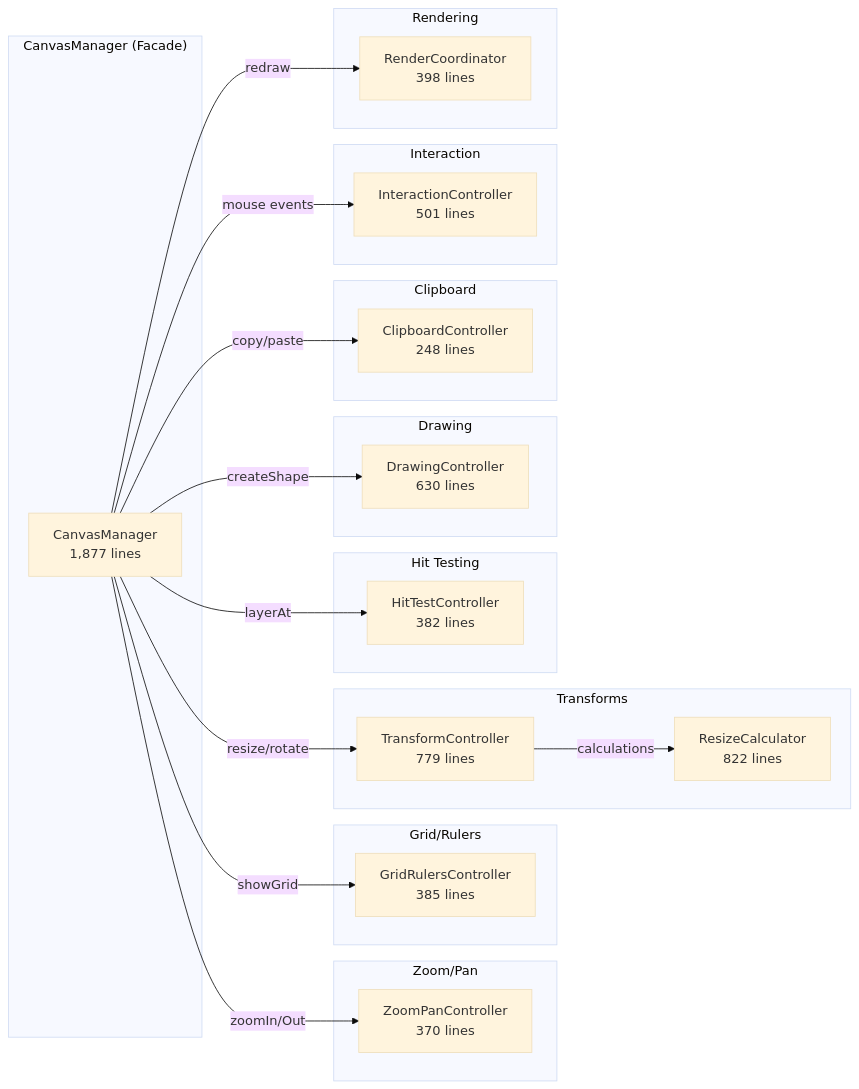
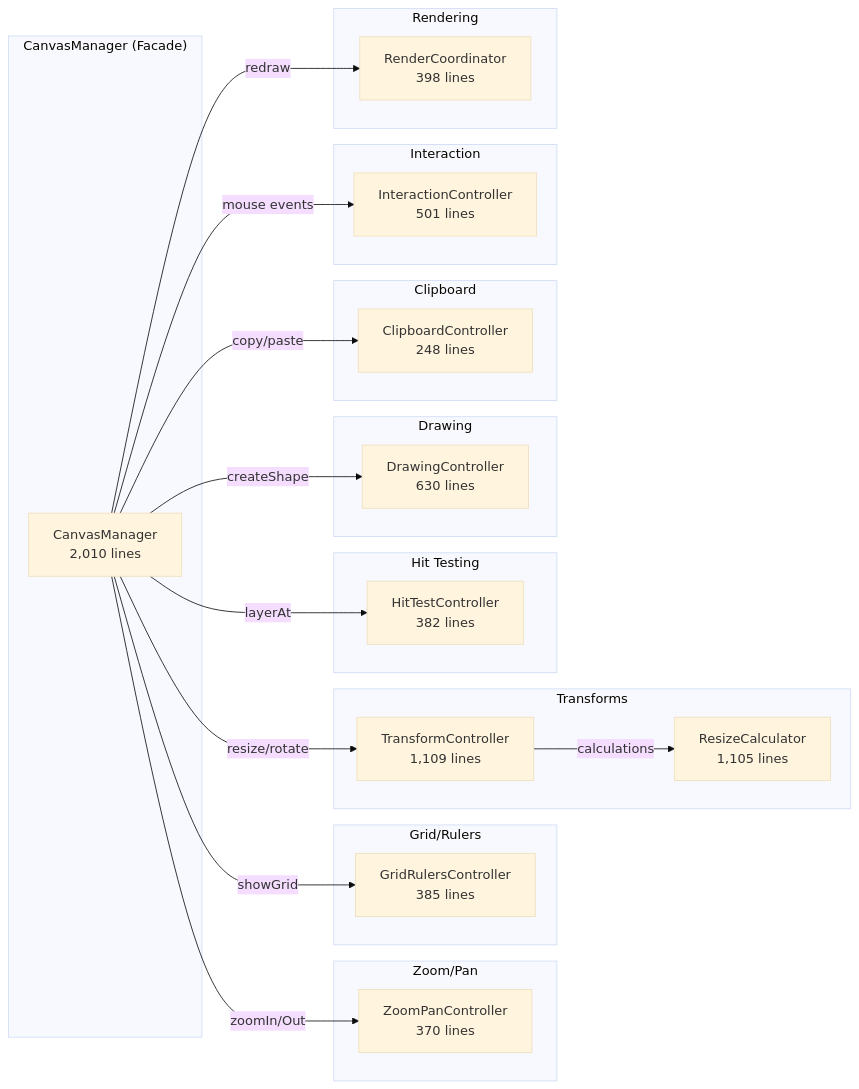
The second of 9 diagrams in docs/ARCHITECTURE.md (slickdexic/Layers), drawn with Mermaid (base theme) before and after one commit. The commit also changed other lines of this file and 5 other files, not shown here.

First line of the commit message:
docs: update architecture and onboarding docs with current metrics

````diff
--- a/docs/ARCHITECTURE.md
+++ b/docs/ARCHITECTURE.md
@@ -176,49 +186,49 @@
 ```mermaid
 graph LR
     subgraph Facade["CanvasManager (Facade)"]
-        cm["CanvasManager<br/>1,877 lines"]
+        cm["CanvasManager<br/>2,010 lines"]
     end
 
     subgraph Zoom["Zoom/Pan"]
         zpc["ZoomPanController<br/>370 lines"]
     end
 
     subgraph Grid["Grid/Rulers"]
         grc["GridRulersController<br/>385 lines"]
     end
 
     subgraph Transform["Transforms"]
-        tc["TransformController<br/>779 lines"]
-        rc["ResizeCalculator<br/>822 lines"]
+        tc["TransformController<br/>1,109 lines"]
+        rc["ResizeCalculator<br/>1,105 lines"]
     end
 
     subgraph Hit["Hit Testing"]
         htc["HitTestController<br/>382 lines"]
     end
 
     subgraph Draw["Drawing"]
         dc["DrawingController<br/>630 lines"]
     end
 
     subgraph Clip["Clipboard"]
         cc["ClipboardController<br/>248 lines"]
     end
 
     subgraph Interact["Interaction"]
         ic["InteractionController<br/>501 lines"]
     end
 
     subgraph Render["Rendering"]
         rco["RenderCoordinator<br/>398 lines"]
     end
 
     cm -->|zoomIn/Out| zpc
     cm -->|showGrid| grc
     cm -->|resize/rotate| tc
     tc -->|calculations| rc
     cm -->|layerAt| htc
     cm -->|createShape| dc
     cm -->|copy/paste| cc
     cm -->|mouse events| ic
     cm -->|redraw| rco
 ```
````
